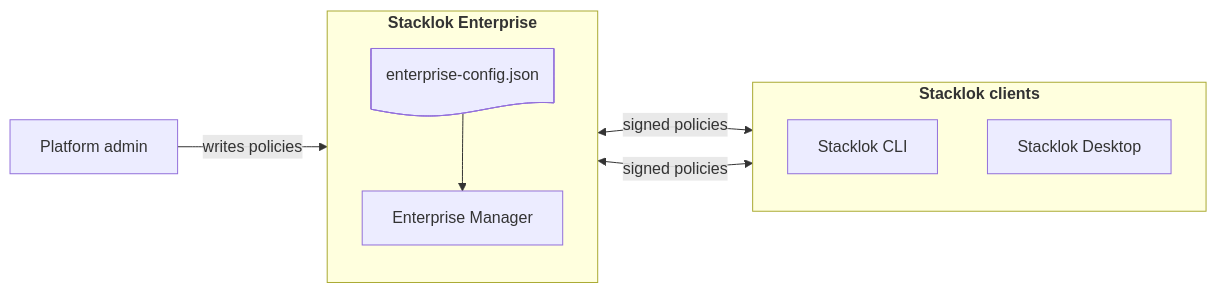
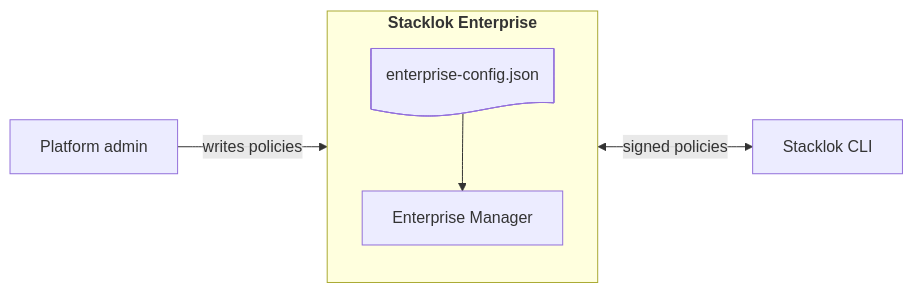
One commit to stacklok/docs-website changed the diagram in docs/platform/enterprise-manager/intro.mdx. Above: the diagram before and after it, drawn with Mermaid. The commit also changed other lines of this file and 64 other files, not shown here.

````diff
--- a/docs/platform/enterprise-manager/intro.mdx
+++ b/docs/platform/enterprise-manager/intro.mdx
@@ -33,20 +33,16 @@
 ```mermaid
 flowchart LR
   Admin["Platform admin"]
 
   subgraph Enterprise["<strong>Stacklok Enterprise</strong>"]
     direction TB
     Config@{ shape: doc, label: "enterprise-config.json" }
     EM["Enterprise Manager"]
     Config --> EM
   end
 
-  subgraph Clients["<strong>Stacklok clients</strong>"]
-    direction TB
-    CLI["Stacklok CLI"]
-    UI["Stacklok Desktop"]
-  end
+  CLI["Stacklok CLI"]
 
   Admin -->|"writes policies"| Config
-  EM <-->|"signed policies"| CLI & UI
+  EM <-->|"signed policies"| CLI
 ```
````
